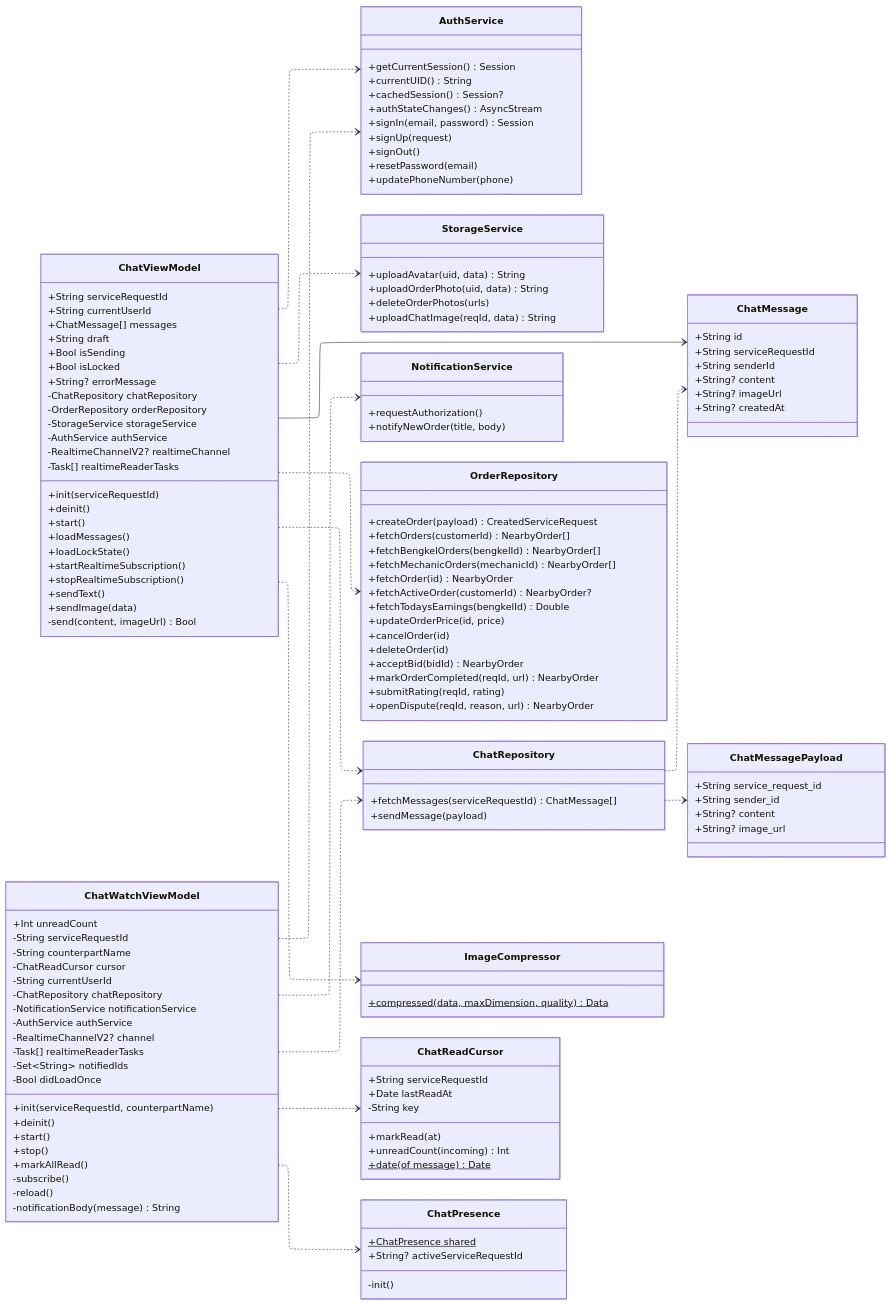
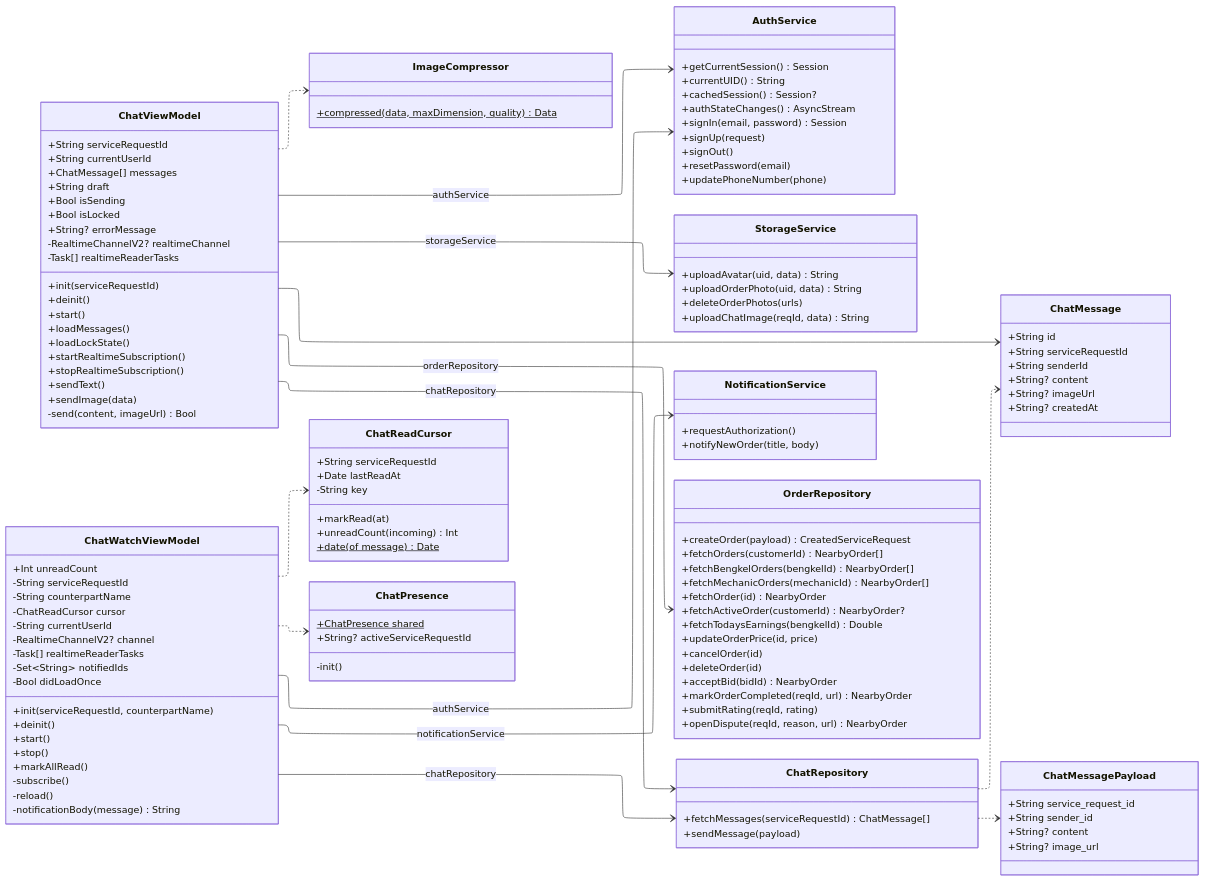
The seventh of 12 diagrams in diagram/feature-class-diagrams.md (rei-soemanto/BengkelIn_SE), drawn with Mermaid before and after one commit. The commit also changed other lines of this file and 21 other files, not shown here.

Commit message:
more accurate class diagram

```diff
--- a/diagram/feature-class-diagrams.md
+++ b/diagram/feature-class-diagrams.md
@@ -1176,10 +1136,6 @@
         +Bool isSending
         +Bool isLocked
         +String? errorMessage
-        -ChatRepository chatRepository
-        -OrderRepository orderRepository
-        -StorageService storageService
-        -AuthService authService
         -RealtimeChannelV2? realtimeChannel
         -Task[] realtimeReaderTasks
         +init(serviceRequestId)
@@ -1199,9 +1155,6 @@
         -String counterpartName
         -ChatReadCursor cursor
         -String currentUserId
-        -ChatRepository chatRepository
-        -NotificationService notificationService
-        -AuthService authService
         -RealtimeChannelV2? channel
         -Task[] realtimeReaderTasks
         -Set~String~ notifiedIds
@@ -1246,15 +1199,15 @@
         +String? image_url
     }
 
-    ChatViewModel ..> ChatRepository
-    ChatViewModel ..> OrderRepository
-    ChatViewModel ..> StorageService
+    ChatViewModel --> ChatRepository : chatRepository
+    ChatViewModel --> OrderRepository : orderRepository
+    ChatViewModel --> StorageService : storageService
     ChatViewModel ..> ImageCompressor
-    ChatViewModel ..> AuthService
+    ChatViewModel --> AuthService : authService
     ChatViewModel --> ChatMessage
-    ChatWatchViewModel ..> ChatRepository
-    ChatWatchViewModel ..> NotificationService
-    ChatWatchViewModel ..> AuthService
+    ChatWatchViewModel --> ChatRepository : chatRepository
+    ChatWatchViewModel --> NotificationService : notificationService
+    ChatWatchViewModel --> AuthService : authService
     ChatWatchViewModel ..> ChatReadCursor
     ChatWatchViewModel ..> ChatPresence
     ChatRepository ..> ChatMessage
```
